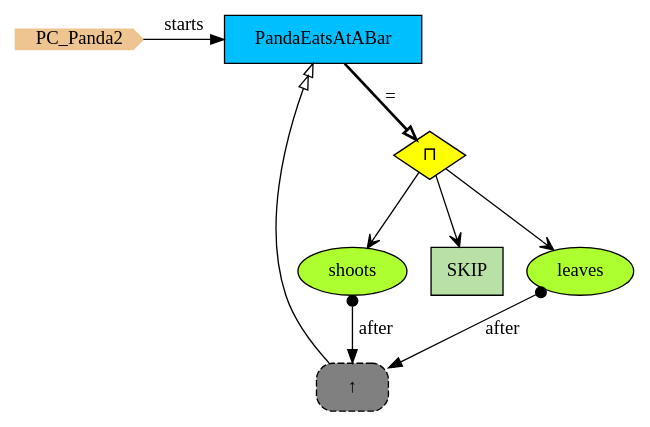
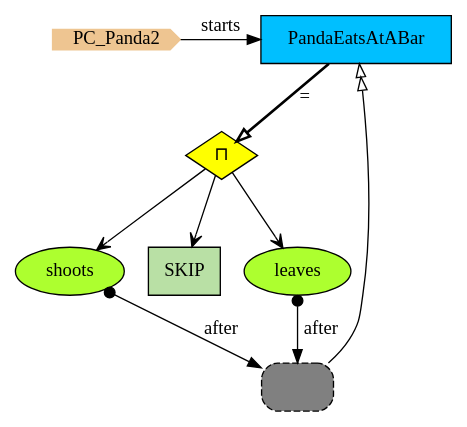
The diagram in Haskell/PCs/Examples/img/PC_Panda2.gv (namalio/Fragmenta), drawn with Graphviz before and after one commit. The commit also changed 33 other files, not shown here.

```diff
--- a/Haskell/PCs/Examples/img/PC_Panda2.gv
+++ b/Haskell/PCs/Examples/img/PC_Panda2.gv
@@ -1,21 +1,22 @@
 digraph {
 
 StartN_ [shape = cds,color=burlywood2,style=filled,height=.2,width=.2, label =PC_Panda2];
-OpEats [shape=diamond,fillcolor=yellow,style=filled,label="⊓"];
+
+PandaEatsAtABar [shape=box,fillcolor=deepskyblue,style = filled,label="PandaEatsAtABar"];
 shoots [shape=ellipse,fillcolor=greenyellow,style=filled,label="shoots"];
-SKIP [shape=box,fillcolor="#B9E0A5",style = filled,label="SKIP"];
-RefPandaEats [shape=rectangle,fillcolor=gray,style="rounded,filled,dashed",label="↑ "];
+Skip27045ea [shape=box,fillcolor="#B9E0A5",style = filled,label="SKIP"];
+RefPandaEatsAtABar6caca8ed [shape=rectangle,fillcolor=gray,style="rounded,filled,dashed",label=""];
 leaves [shape=ellipse,fillcolor=greenyellow,style=filled,label="leaves"];
-PandaEatsAtABar [shape=box,fillcolor=deepskyblue,style = filled,label="PandaEatsAtABar "];
+Op19ceff86 [shape=diamond,fillcolor=yellow,style=filled,label="⊓"];
 
 {rank=same;PandaEatsAtABar,StartN_}
 
-RefPandaEats->PandaEatsAtABar[arrowhead="normalnormal",fillcolor=white,label=" "];
-shoots->RefPandaEats[arrowtail=dot,dir=both,label="after"];
-OpEats->leaves[arrowhead="open"];
-OpEats->shoots[arrowhead="open"];
-OpEats->SKIP[arrowhead="open"];
-leaves->RefPandaEats[arrowtail=dot,dir=both,label="after"];
-PandaEatsAtABar->OpEats[arrowhead="onormal",penwidth=2,label="="];
+RefPandaEatsAtABar6caca8ed->PandaEatsAtABar[arrowhead="normalnormal",fillcolor=white,label=" "];
+shoots->RefPandaEatsAtABar6caca8ed[arrowtail=dot,dir=both,label="after"];
+Op19ceff86->leaves[arrowhead="open"];
+Op19ceff86->shoots[arrowhead="open"];
+Op19ceff86->Skip27045ea[arrowhead="open"];
+leaves->RefPandaEatsAtABar6caca8ed[arrowtail=dot,dir=both,label="after"];
+PandaEatsAtABar->Op19ceff86[arrowhead="onormal",penwidth=2,label="="];
 StartN_->PandaEatsAtABar[label="starts"];
 }
```
